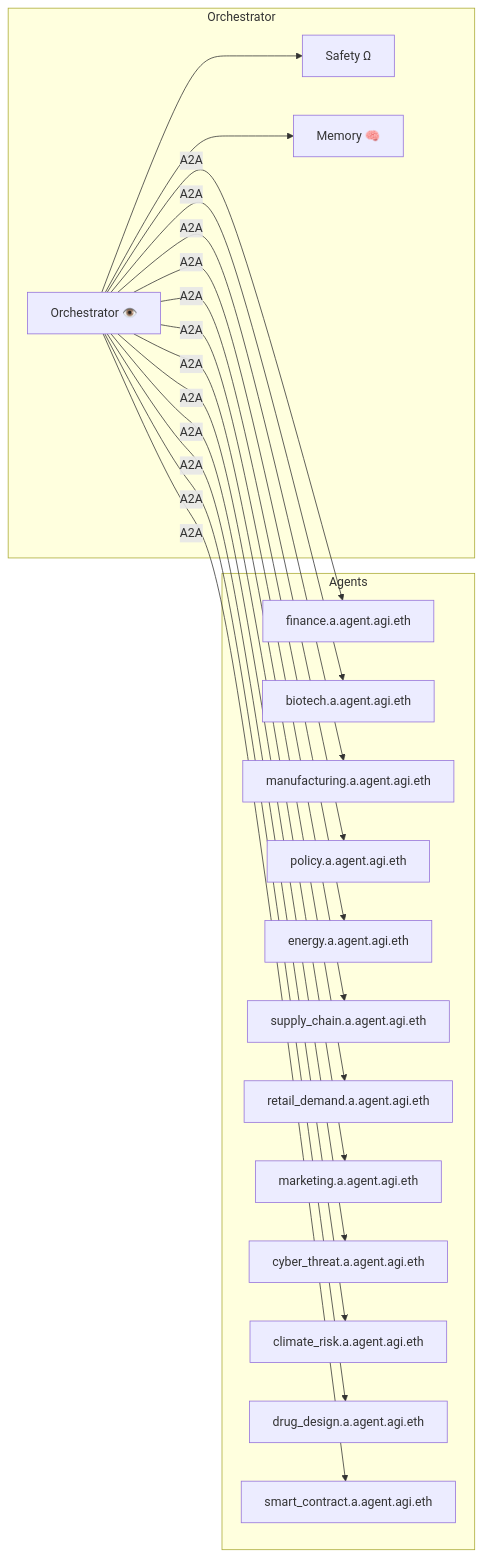
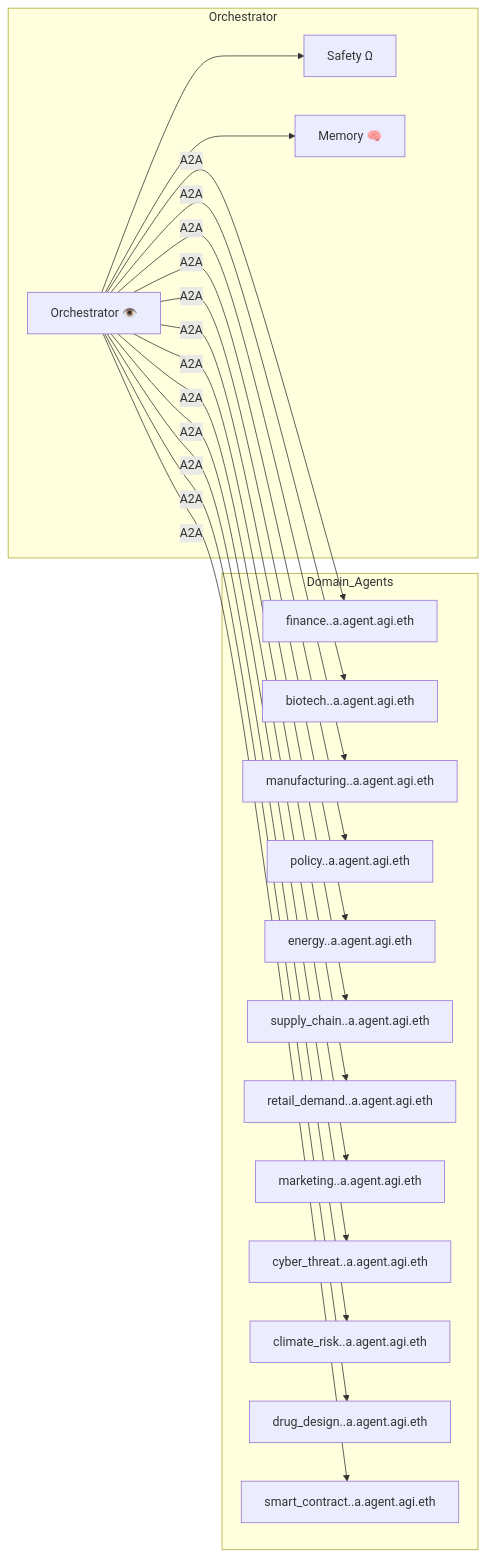
One commit to vishalbelsare/AGI-Alpha-Agent-v0 changed the diagram in alpha_factory_v1/docs/alpha_agi_agent.md. Above: the diagram before and after it, drawn with Mermaid. The commit also changed other lines of this file, not shown here.

````diff
--- a/alpha_factory_v1/docs/alpha_agi_agent.md
+++ b/alpha_factory_v1/docs/alpha_agi_agent.md
@@ -44,38 +44,26 @@
 ```mermaid
 flowchart LR
   subgraph Orchestrator
     ORC["Orchestrator 👁️"]
     SAF["Safety Ω"]
     MEM["Memory 🧠"]
   end
-  subgraph Agents
-    FIN["finance.a.agent.agi.eth"]
-    BIO["biotech.a.agent.agi.eth"]
-    MFG["manufacturing.a.agent.agi.eth"]
-    POL["policy.a.agent.agi.eth"]
-    ENE["energy.a.agent.agi.eth"]
-    SUP["supply_chain.a.agent.agi.eth"]
-    RET["retail_demand.a.agent.agi.eth"]
-    MKT["marketing.a.agent.agi.eth"]
-    CYB["cyber_threat.a.agent.agi.eth"]
-    CLM["climate_risk.a.agent.agi.eth"]
-    DRG["drug_design.a.agent.agi.eth"]
-    SMT["smart_contract.a.agent.agi.eth"]
+  subgraph Domain_Agents
+    FIN["finance.<name>.a.agent.agi.eth"]
+    BIO["biotech.<name>.a.agent.agi.eth"]
+    MFG["manufacturing.<name>.a.agent.agi.eth"]
+    POL["policy.<name>.a.agent.agi.eth"]
+    ENE["energy.<name>.a.agent.agi.eth"]
+    SUP["supply_chain.<name>.a.agent.agi.eth"]
+    RET["retail_demand.<name>.a.agent.agi.eth"]
+    MKT["marketing.<name>.a.agent.agi.eth"]
+    CYB["cyber_threat.<name>.a.agent.agi.eth"]
+    CLM["climate_risk.<name>.a.agent.agi.eth"]
+    DRG["drug_design.<name>.a.agent.agi.eth"]
+    SMT["smart_contract.<name>.a.agent.agi.eth"]
   end
 
-  ORC -- A2A --> FIN
-  ORC -- A2A --> BIO
-  ORC -- A2A --> MFG
-  ORC -- A2A --> POL
-  ORC -- A2A --> ENE
-  ORC -- A2A --> SUP
-  ORC -- A2A --> RET
-  ORC -- A2A --> MKT
-  ORC -- A2A --> CYB
-  ORC -- A2A --> CLM
-  ORC -- A2A --> DRG
-  ORC -- A2A --> SMT
-
+  ORC -- A2A --> FIN & BIO & MFG & POL & ENE & SUP & RET & MKT & CYB & CLM & DRG & SMT
   ORC --> SAF
   ORC --> MEM
 ```
````
